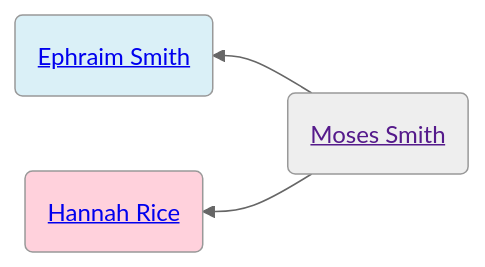
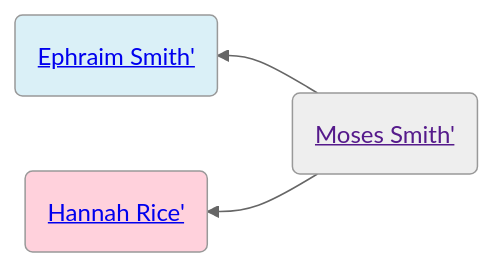
The first of 2 diagrams in familyhistory/sources/people/Moses_Smith_connections/Moses_Smith.qmd (neelsmith/avocational), drawn with Mermaid (neutral theme) before and after one commit. The commit also changed other lines of this file and 102 other files, not shown here.

````diff
--- a/familyhistory/sources/people/Moses_Smith_connections/Moses_Smith.qmd
+++ b/familyhistory/sources/people/Moses_Smith_connections/Moses_Smith.qmd
@@ -26,12 +26,12 @@
 ```{mermaid}
 graph RL
 %% RL ancestor diagram
-Moses_Smith(<a href=''>Moses Smith</>) -->  Ephraim_Smith(<a href='./../Merrill-line/White-line/Candace-Smith-line/Ephraim_Smith.html'>Ephraim Smith</>)
+Moses_Smith(<a href=''>Moses Smith'</>) -->  Ephraim_Smith(<a href='./../Merrill-line/White-line/Candace-Smith-line/Ephraim_Smith.html'>Ephraim Smith'</>)
 class Ephraim_Smith father
-Moses_Smith(<a href=''>Moses Smith</>)  --> Hannah_Rice(<a href='./../Merrill-line/White-line/Candace-Smith-line/Hannah_Rice.html'>Hannah Rice</>)
+Moses_Smith(<a href=''>Moses Smith'</>)  --> Hannah_Rice(<a href='./../Merrill-line/White-line/Candace-Smith-line/Hannah_Rice.html'>Hannah Rice'</>)
 class Hannah_Rice mother
 classDef mother fill:#ffd1dc
 classDef father fill:#daf0f7  
 classDef marriage fill:#ffffff
 
 ```
````
